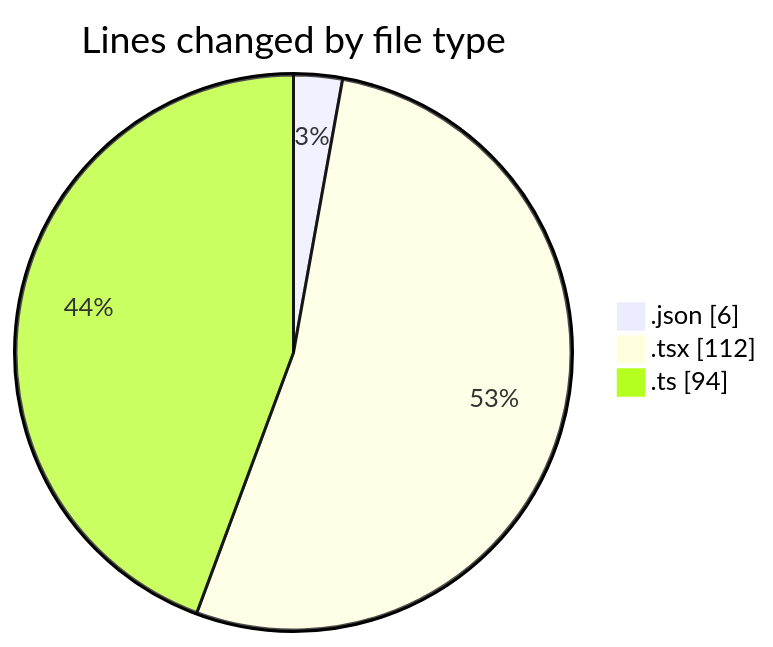
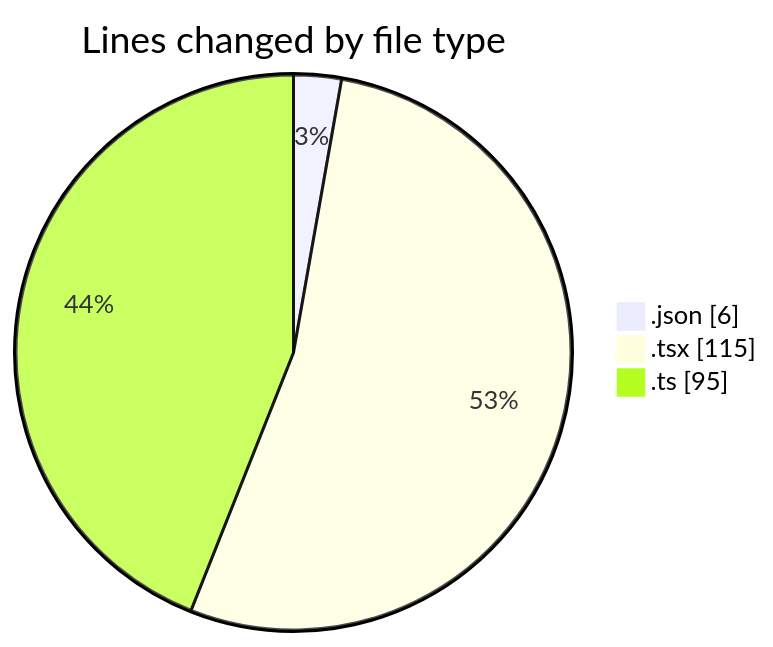
The first of 2 diagrams in 2025-10-29/eventscop-frontend-guide__workspace_/README.md (julien-gomy/code-tracking), drawn with Mermaid before and after one commit. The commit also changed other lines of this file and 1 other file, not shown here.

````diff
--- a/2025-10-29/eventscop-frontend-guide__workspace_/README.md
+++ b/2025-10-29/eventscop-frontend-guide__workspace_/README.md
@@ -27,7 +28,7 @@
 ```mermaid
 pie showData
 title Lines changed by file type
 ".json" : 6
-".tsx" : 112
-".ts" : 94
+".tsx" : 115
+".ts" : 95
 ```
````
